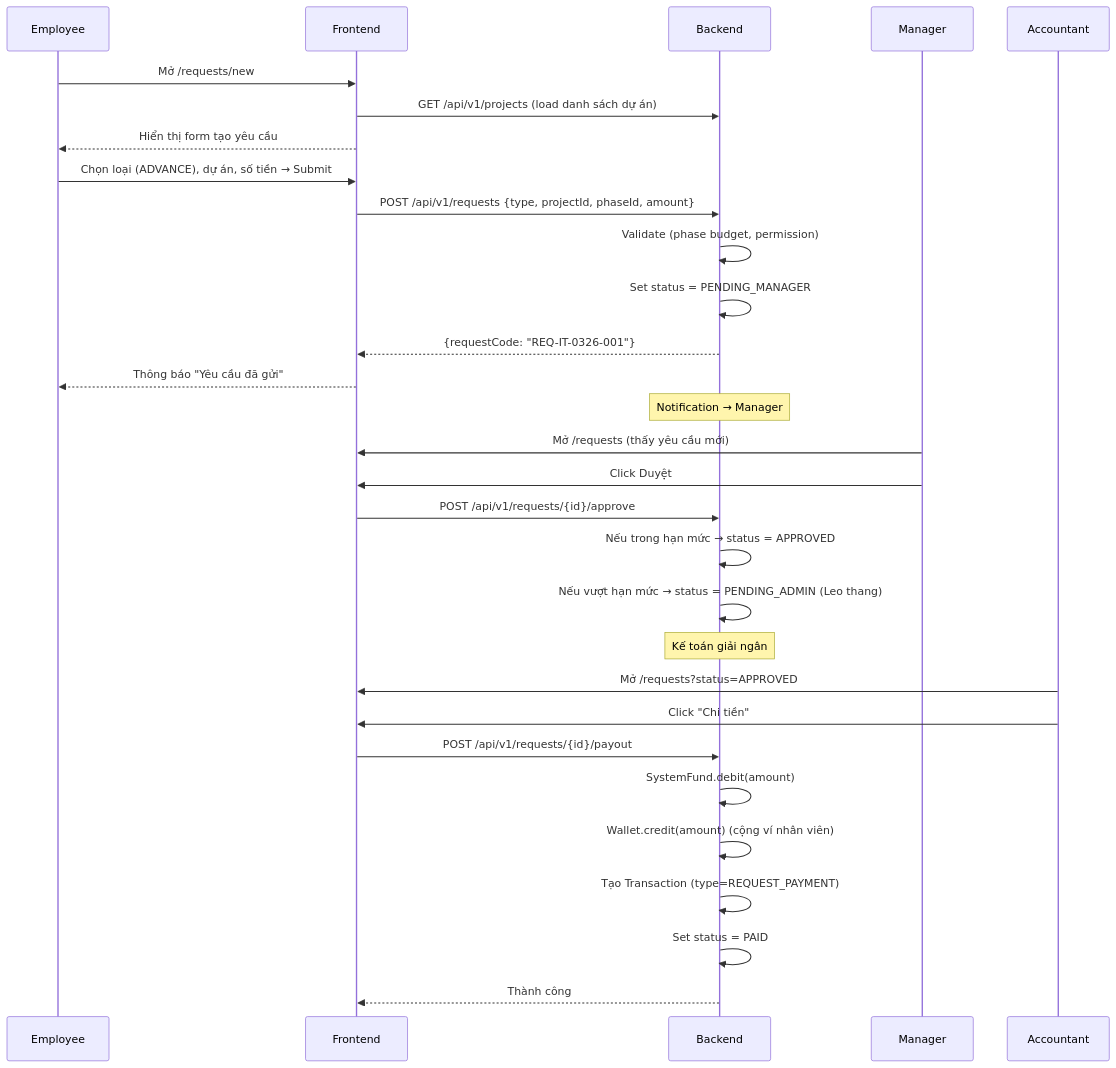
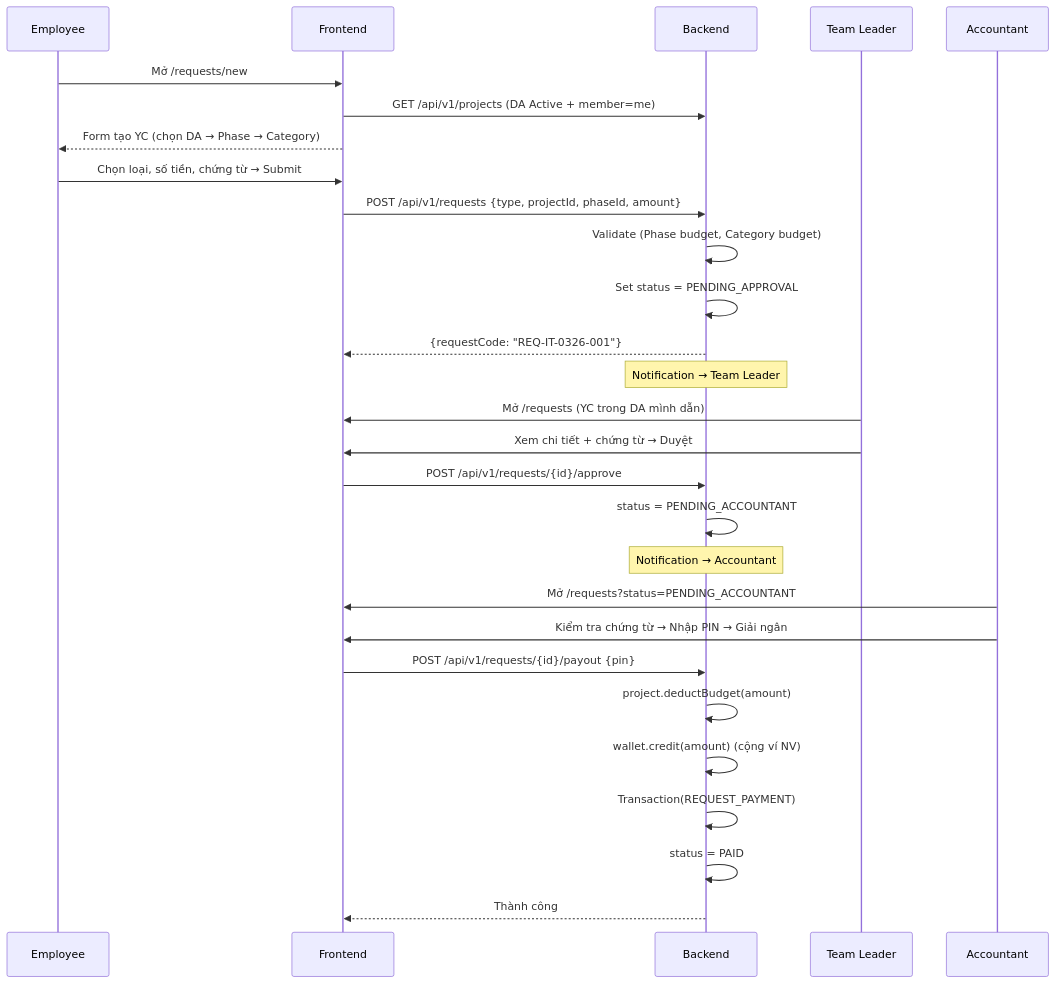
One commit to Quoosc/INTERNAL_FINANCIAL_CASHFLOW_MANAGEMENT_SYSTEM_USING_INTERNAL_WALLET_MODEL_FRONTEND changed the second of 5 diagrams in FLOW.md. Above: the diagram before and after it, drawn with Mermaid. The commit also changed other lines of this file and 4 other files, not shown here.

Commit message:
feat: Introduce audit logging types and redefine request management with new statuses, actions, and absolute delegation flows.

````diff
--- a/FLOW.md
+++ b/FLOW.md
@@ -65,38 +82,36 @@
 ```mermaid
 sequenceDiagram
     participant EMP as Employee
     participant FE as Frontend
     participant BE as Backend
-    participant MGR as Manager
+    participant TL as Team Leader
     participant ACC as Accountant
 
     EMP->>FE: Mở /requests/new
-    FE->>BE: GET /api/v1/projects (load danh sách dự án)
-    FE-->>EMP: Hiển thị form tạo yêu cầu
+    FE->>BE: GET /api/v1/projects (DA Active + member=me)
+    FE-->>EMP: Form tạo YC (chọn DA → Phase → Category)
 
-    EMP->>FE: Chọn loại (ADVANCE), dự án, số tiền → Submit
+    EMP->>FE: Chọn loại, số tiền, chứng từ → Submit
     FE->>BE: POST /api/v1/requests {type, projectId, phaseId, amount}
-    BE->>BE: Validate (phase budget, permission)
-    BE->>BE: Set status = PENDING_MANAGER
+    BE->>BE: Validate (Phase budget, Category budget)
+    BE->>BE: Set status = PENDING_APPROVAL
     BE-->>FE: {requestCode: "REQ-IT-0326-001"}
-    FE-->>EMP: Thông báo "Yêu cầu đã gửi"
 
-    Note over BE: Notification → Manager
+    Note over BE: Notification → Team Leader
 
-    MGR->>FE: Mở /requests (thấy yêu cầu mới)
-    MGR->>FE: Click Duyệt
+    TL->>FE: Mở /requests (YC trong DA mình dẫn)
+    TL->>FE: Xem chi tiết + chứng từ → Duyệt
     FE->>BE: POST /api/v1/requests/{id}/approve
-    BE->>BE: Nếu trong hạn mức → status = APPROVED
-    BE->>BE: Nếu vượt hạn mức → status = PENDING_ADMIN (Leo thang)
+    BE->>BE: status = PENDING_ACCOUNTANT
 
-    Note over BE: Kế toán giải ngân
+    Note over BE: Notification → Accountant
 
-    ACC->>FE: Mở /requests?status=APPROVED
-    ACC->>FE: Click "Chi tiền"
-    FE->>BE: POST /api/v1/requests/{id}/payout
-    BE->>BE: SystemFund.debit(amount)
-    BE->>BE: Wallet.credit(amount) (cộng ví nhân viên)
-    BE->>BE: Tạo Transaction (type=REQUEST_PAYMENT)
-    BE->>BE: Set status = PAID
+    ACC->>FE: Mở /requests?status=PENDING_ACCOUNTANT
+    ACC->>FE: Kiểm tra chứng từ → Nhập PIN → Giải ngân
+    FE->>BE: POST /api/v1/requests/{id}/payout {pin}
+    BE->>BE: project.deductBudget(amount)
+    BE->>BE: wallet.credit(amount) (cộng ví NV)
+    BE->>BE: Transaction(REQUEST_PAYMENT)
+    BE->>BE: status = PAID
     BE-->>FE: Thành công
 ```
````
